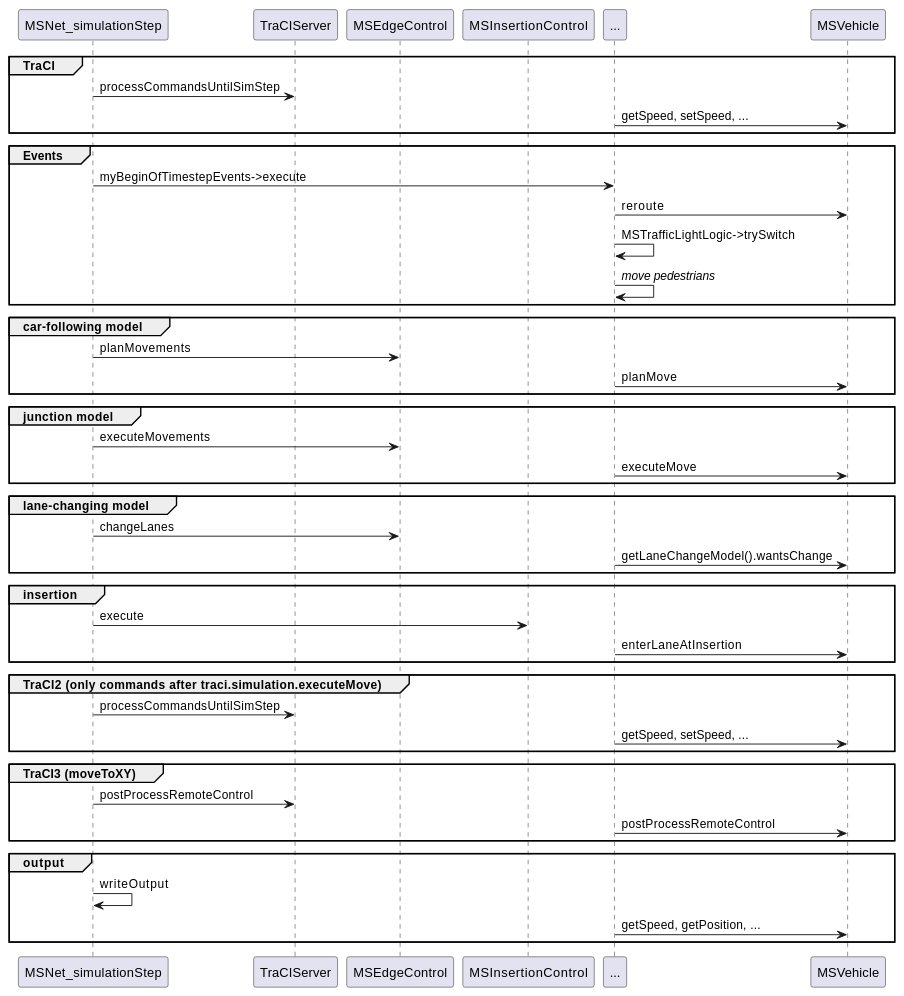
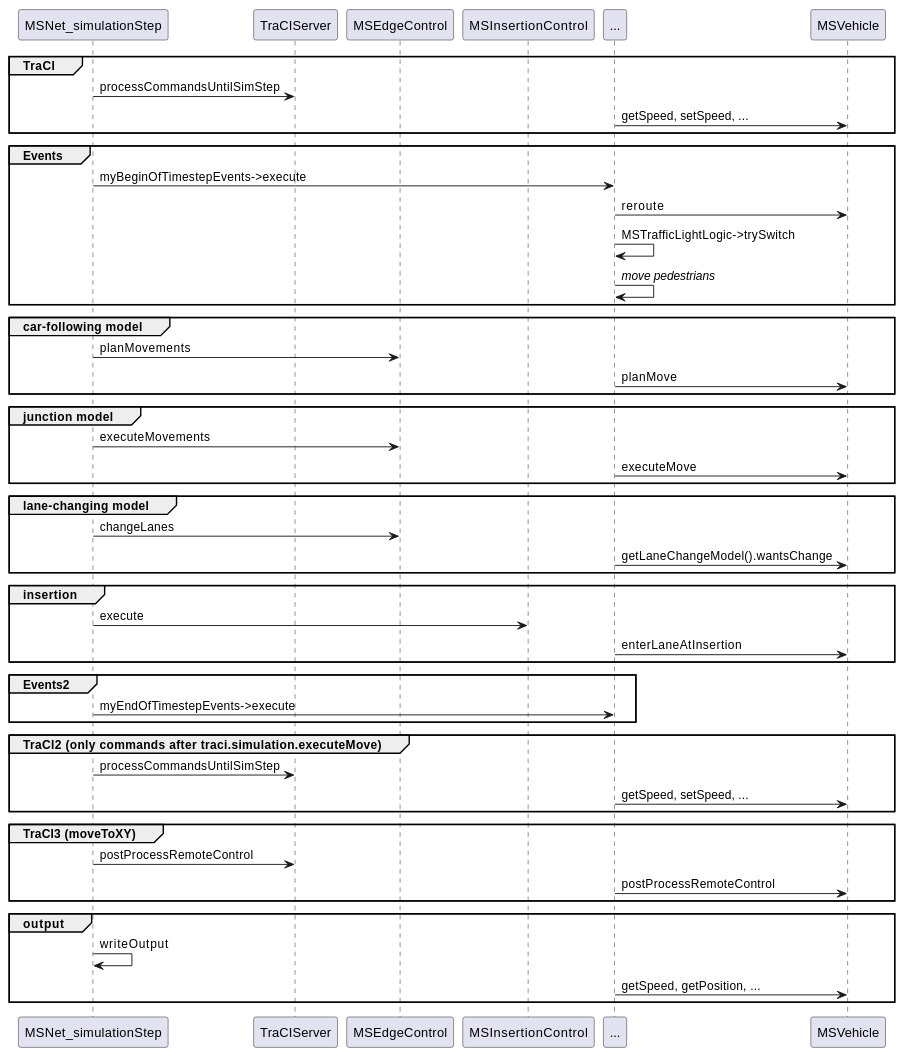
Before and after one commit to ydcn221/sumo_optimise_x-ing: the first of 2 diagrams in data/SUMO_doc/docs/Developer/Implementation_Notes/Simulation_Loop.md, drawn with PlantUML. The commit also changed 685 other files, not shown here.

````diff
--- a/data/SUMO_doc/docs/Developer/Implementation_Notes/Simulation_Loop.md
+++ b/data/SUMO_doc/docs/Developer/Implementation_Notes/Simulation_Loop.md
@@ -11,59 +11,63 @@
 ```plantuml
 @startuml
 participant MSNet_simulationStep as simstep
 participant TraCIServer
 participant MSEdgeControl
 participant MSInsertionControl
 participant MSInsertionControl
 participant ...
 participant MSVehicle
 
 group TraCI
 simstep -> TraCIServer : processCommandsUntilSimStep
 ... -> MSVehicle : getSpeed, setSpeed, ...
 end
 
 group Events
 simstep -> ... : myBeginOfTimestepEvents->execute
 ... -> MSVehicle : reroute
 ... -> ... : MSTrafficLightLogic->trySwitch
 ... -> ... : //move pedestrians//
 end
 
 group car-following model
 simstep -> MSEdgeControl : planMovements
 ... -> MSVehicle : planMove
 end
 
 group junction model
 simstep -> MSEdgeControl : executeMovements
 ... -> MSVehicle : executeMove
 end
 
 group lane-changing model
 simstep -> MSEdgeControl : changeLanes
 ... -> MSVehicle : getLaneChangeModel().wantsChange
 end
 
 group insertion
 simstep -> MSInsertionControl : execute
 ... -> MSVehicle : enterLaneAtInsertion
 end
 
+group Events2
+simstep -> ... : myEndOfTimestepEvents->execute
+end
+
 group TraCI2 (only commands after traci.simulation.executeMove)
 simstep -> TraCIServer : processCommandsUntilSimStep
 ... -> MSVehicle : getSpeed, setSpeed, ...
 end
 
 group TraCI3 (moveToXY)
 simstep -> TraCIServer : postProcessRemoteControl
 ... -> MSVehicle : postProcessRemoteControl
 end
 
 group output
 simstep -> simstep : writeOutput
 ... -> MSVehicle : getSpeed, getPosition, ...
 end
 
 @enduml
 ```
````
